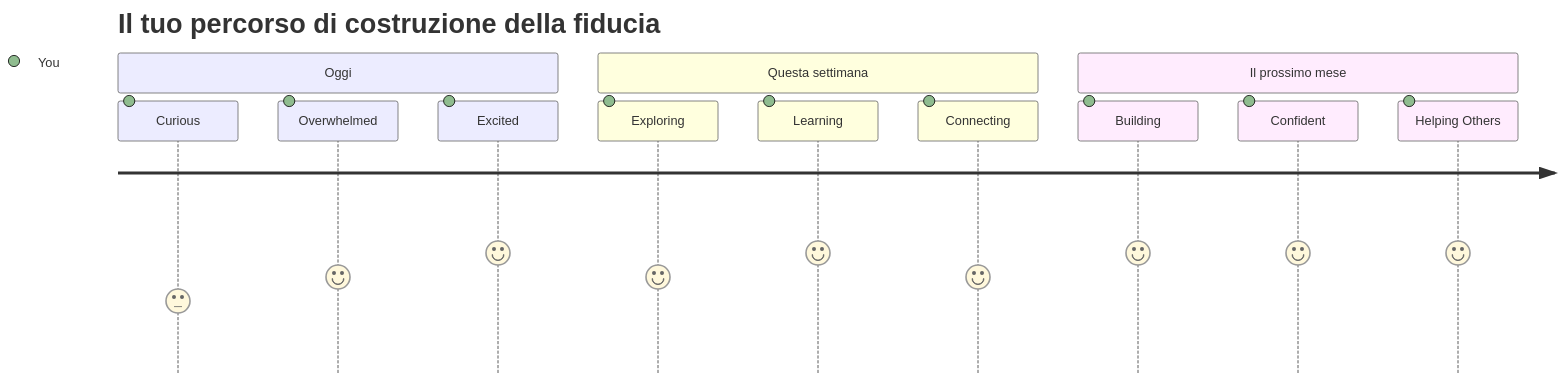
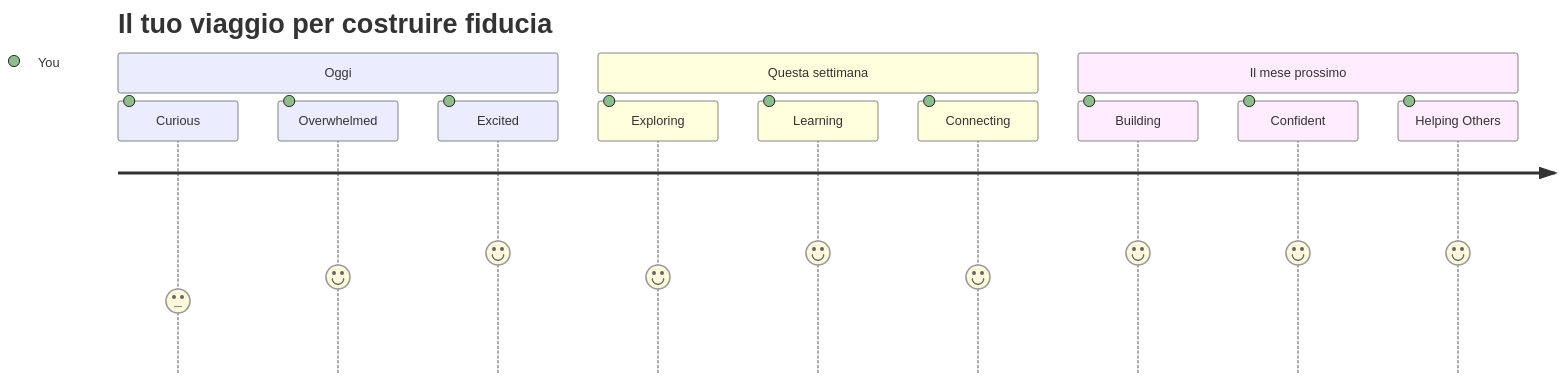
One commit to microsoft/Web-Dev-For-Beginners changed the seventh of 7 diagrams in translations/it/1-getting-started-lessons/1-intro-to-programming-languages/README.md. Above: the diagram before and after it, drawn with Mermaid. The commit also changed other lines of this file and 8 other files, not shown here.

````diff
--- a/translations/it/1-getting-started-lessons/1-intro-to-programming-languages/README.md
+++ b/translations/it/1-getting-started-lessons/1-intro-to-programming-languages/README.md
@@ -833,16 +832,16 @@
 ```mermaid
 journey
-    title Il tuo percorso di costruzione della fiducia
+    title Il tuo viaggio per costruire fiducia
     section Oggi
       Curious: 3: You
       Overwhelmed: 4: You
       Excited: 5: You
     section Questa settimana
       Exploring: 4: You
       Learning: 5: You
       Connecting: 4: You
-    section Il prossimo mese
+    section Il mese prossimo
       Building: 5: You
       Confident: 5: You
       Helping Others: 5: You
 ```
````
